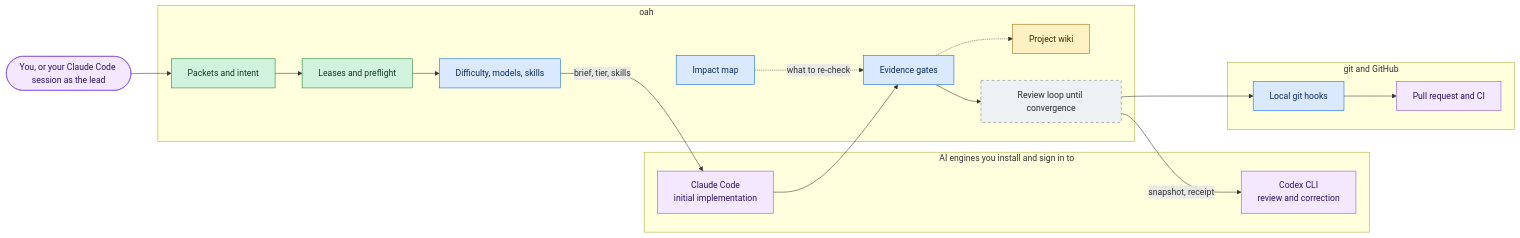
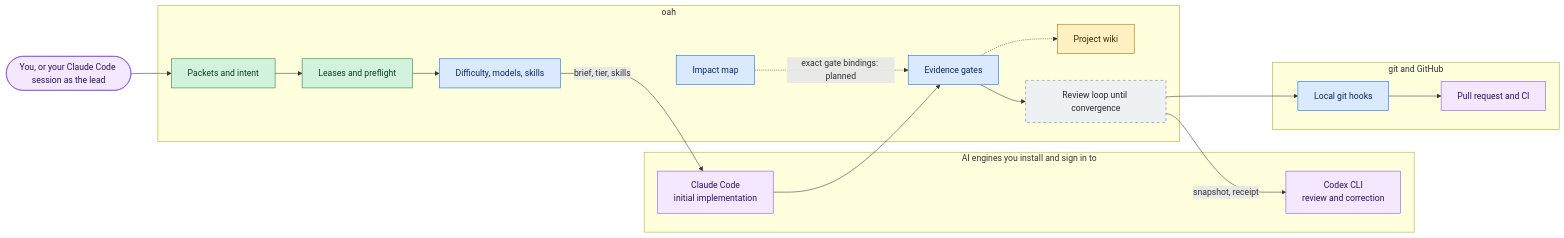
One commit to KenSuh/open-agent-harness changed the first of 8 diagrams in README.md. Above: the diagram before and after it, drawn with Mermaid. The commit also changed other lines of this file, not shown here.

First line of the commit message:
fix(review): keep README claims to what is wired

````diff
--- a/README.md
+++ b/README.md
@@ -63,47 +63,47 @@
 ```mermaid
 flowchart LR
     you(["You, or your Claude Code session as the lead"])
 
     subgraph engines["AI engines you install and sign in to"]
         claude["Claude Code<br/>initial implementation"]
         codex["Codex CLI<br/>review and correction"]
     end
 
     subgraph core["oah"]
         lease["Leases and preflight"]
         intent["Packets and intent"]
         route["Difficulty, models, skills"]
         gates["Evidence gates"]
         impact["Impact map"]
         wiki["Project wiki"]
         rloop["Review loop until convergence"]
     end
 
     subgraph git["git and GitHub"]
         hooks["Local git hooks"]
         remote["Pull request and CI"]
     end
 
     you --> intent
     intent --> lease
     lease --> route
     route -->|"brief, tier, skills"| claude
     claude --> gates
     gates --> rloop
     rloop -->|"snapshot, receipt"| codex
-    impact -.->|"what to re-check"| gates
+    impact -.->|"exact gate bindings: planned"| gates
     gates -.-> wiki
     rloop --> hooks
     hooks --> remote
 
     classDef ext fill:#f3e8ff,stroke:#8250df,color:#2e1065
     classDef avail fill:#d1f2dc,stroke:#1a7f37,color:#0f3d1e
     classDef review fill:#dbe9ff,stroke:#0969da,color:#0a2a5c
     classDef progress fill:#fff1c2,stroke:#9a6700,color:#3d2a00
     classDef planned fill:#eef1f4,stroke:#6e7781,color:#24292f,stroke-dasharray: 5 5
     class you,claude,codex,remote ext
     class lease,intent avail
     class route,gates,impact,hooks review
     class wiki progress
     class rloop planned
 ```
````
